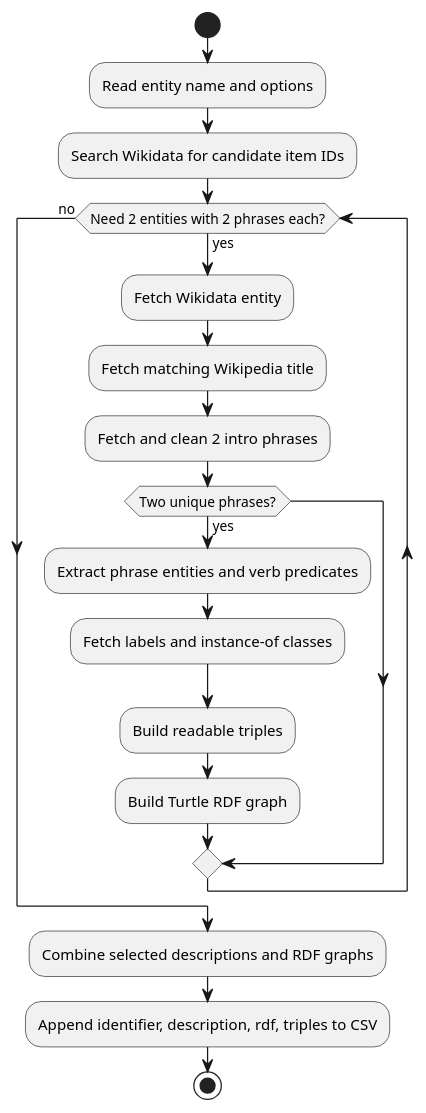
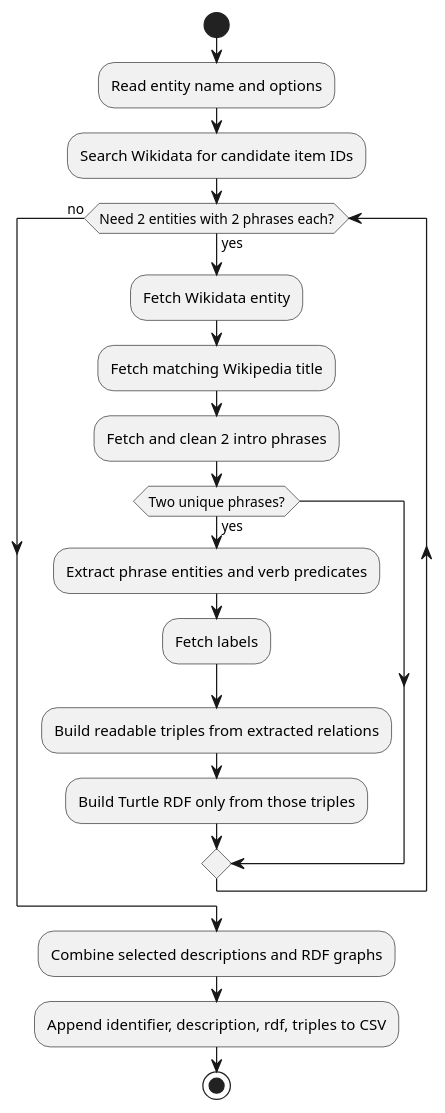
The diagram in generate/README.md (giovannabbottino/kg-dataset), drawn with PlantUML before and after one commit. The commit also changed other lines of this file and 17 other files, not shown here.

````diff
--- a/generate/README.md
+++ b/generate/README.md
@@ -79,21 +115,21 @@
 ```plantuml
 @startuml
 start
 :Read entity name and options;
 :Search Wikidata for candidate item IDs;
 while (Need 2 entities with 2 phrases each?) is (yes)
   :Fetch Wikidata entity;
   :Fetch matching Wikipedia title;
   :Fetch and clean 2 intro phrases;
   if (Two unique phrases?) then (yes)
     :Extract phrase entities and verb predicates;
-    :Fetch labels and instance-of classes;
-    :Build readable triples;
-    :Build Turtle RDF graph;
+    :Fetch labels;
+    :Build readable triples from extracted relations;
+    :Build Turtle RDF only from those triples;
   endif
 endwhile (no)
 :Combine selected descriptions and RDF graphs;
 :Append identifier, description, rdf, triples to CSV;
 stop
 @enduml
 ```
````
